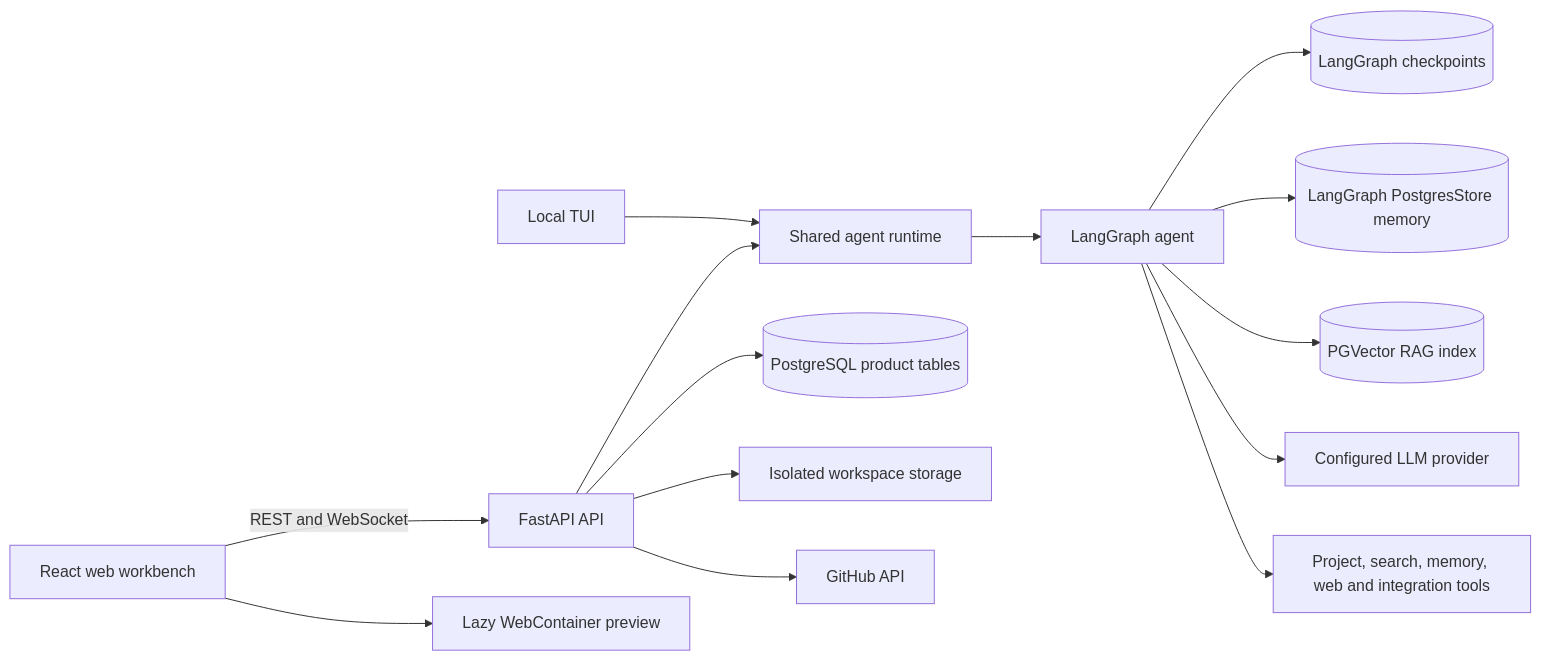
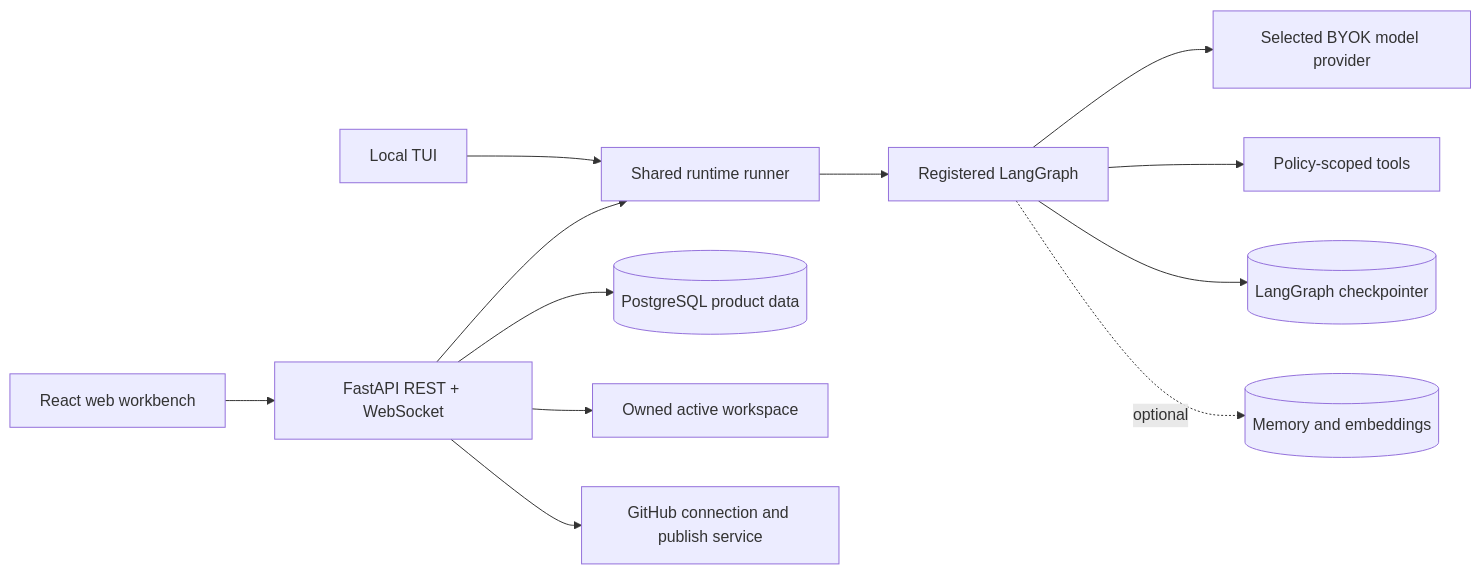
The diagram in docs/COMPASS_ARCHITECTURE.md (Krishiv1611/Compass), drawn with Mermaid before and after one commit. The commit also changed other lines of this file and 11 other files, not shown here.

````diff
--- a/docs/COMPASS_ARCHITECTURE.md
+++ b/docs/COMPASS_ARCHITECTURE.md
@@ -31,16 +7,14 @@
 ```mermaid
 flowchart LR
-    browser["React web workbench"] -->|REST and WebSocket| api["FastAPI API"]
-    tui["Local TUI"] --> runtime["Shared agent runtime"]
-    api --> runtime
-    runtime --> agent["LangGraph agent"]
-    api --> sql[("PostgreSQL product tables")]
-    api --> files["Isolated workspace storage"]
-    agent --> checkpoints[("LangGraph checkpoints")]
-    agent --> memory[("LangGraph PostgresStore memory")]
-    agent --> rag[("PGVector RAG index")]
-    agent --> llm["Configured LLM provider"]
-    agent --> tools["Project, search, memory, web and integration tools"]
-    api --> github["GitHub API"]
-    browser --> preview["Lazy WebContainer preview"]
+  TUI[Local TUI] --> Runner[Shared runtime runner]
+  Browser[React web workbench] --> API[FastAPI REST + WebSocket]
+  API --> Runner
+  API --> ProductDB[(PostgreSQL product data)]
+  API --> Workspace[Owned active workspace]
+  Runner --> Graph[Registered LangGraph]
+  Graph --> Provider[Selected BYOK model provider]
+  Graph --> Tools[Policy-scoped tools]
+  Graph --> Checkpoints[(LangGraph checkpointer)]
+  Graph -. optional .-> Memory[(Memory and embeddings)]
+  API --> GitHub[GitHub connection and publish service]
 ```
````
